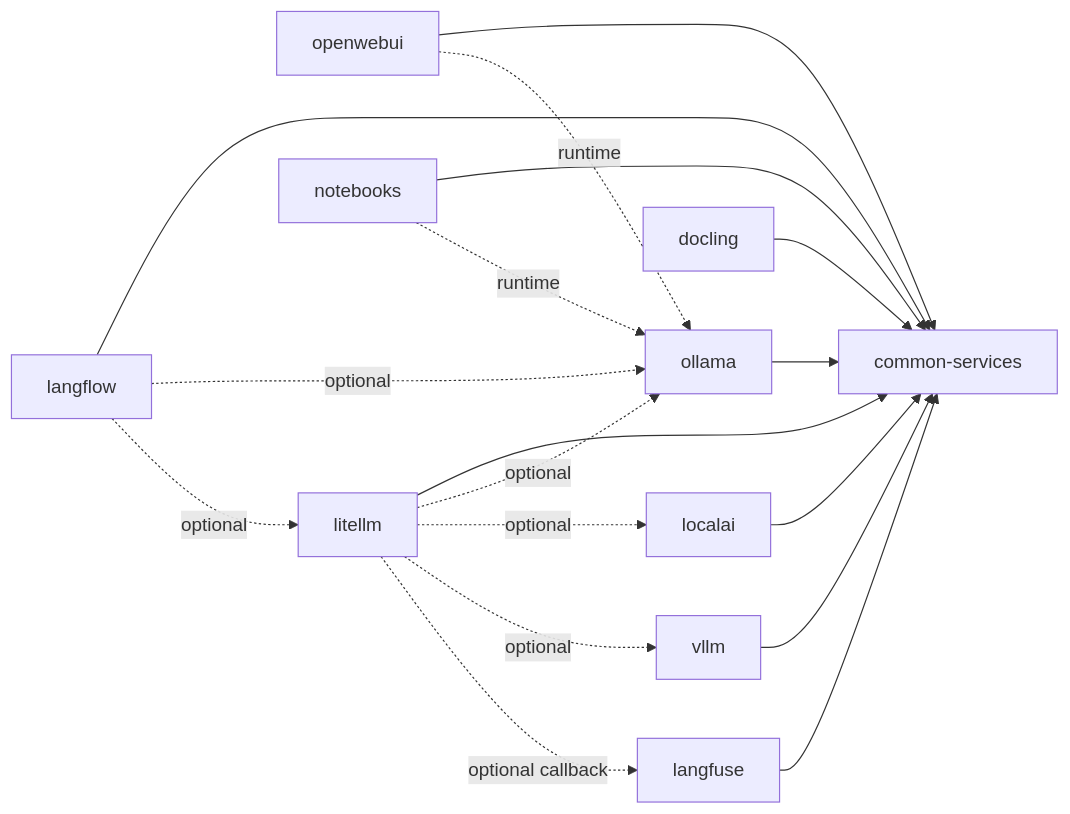
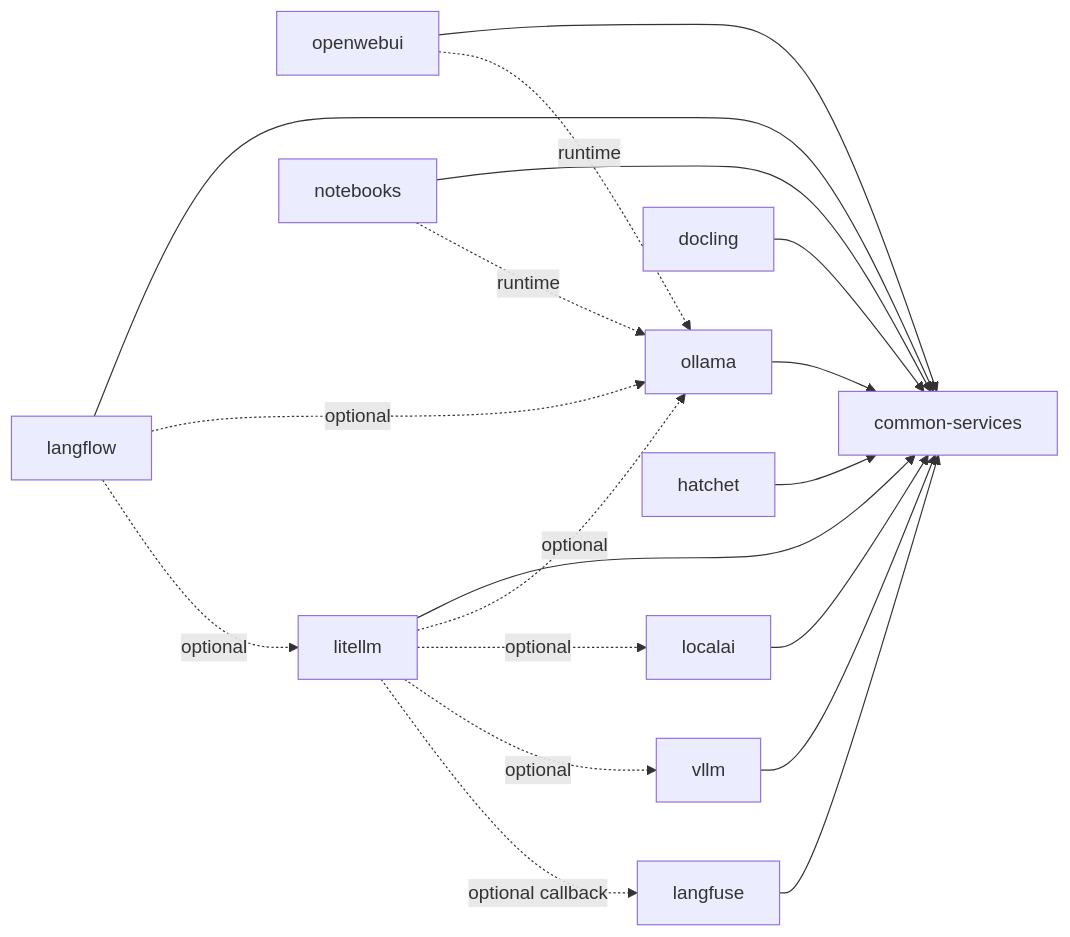
Before and after one commit to arthurTemporim/llm-lab: the second of 2 diagrams in docs/ARCHITECTURE.md, drawn with Mermaid. The commit also changed other lines of this file and 9 other files, not shown here.

````diff
--- a/docs/ARCHITECTURE.md
+++ b/docs/ARCHITECTURE.md
@@ -55,18 +56,19 @@
 ```mermaid
 flowchart LR
     cs["common-services"]
     oll["ollama"] --> cs
     lai["localai"] --> cs
     vl["vllm"] --> cs
     dl["docling"] --> cs
     owui["openwebui"] --> cs
     owui -. runtime .-> oll
     lflow["langflow"] --> cs
     lflow -. optional .-> oll & llm
     nb["notebooks"] --> cs
     nb -. runtime .-> oll
     llm["litellm"] --> cs
     llm -. optional .-> oll & lai & vl
     lf["langfuse"] --> cs
     llm -. optional callback .-> lf
+    ht["hatchet"] --> cs
 ```
````
